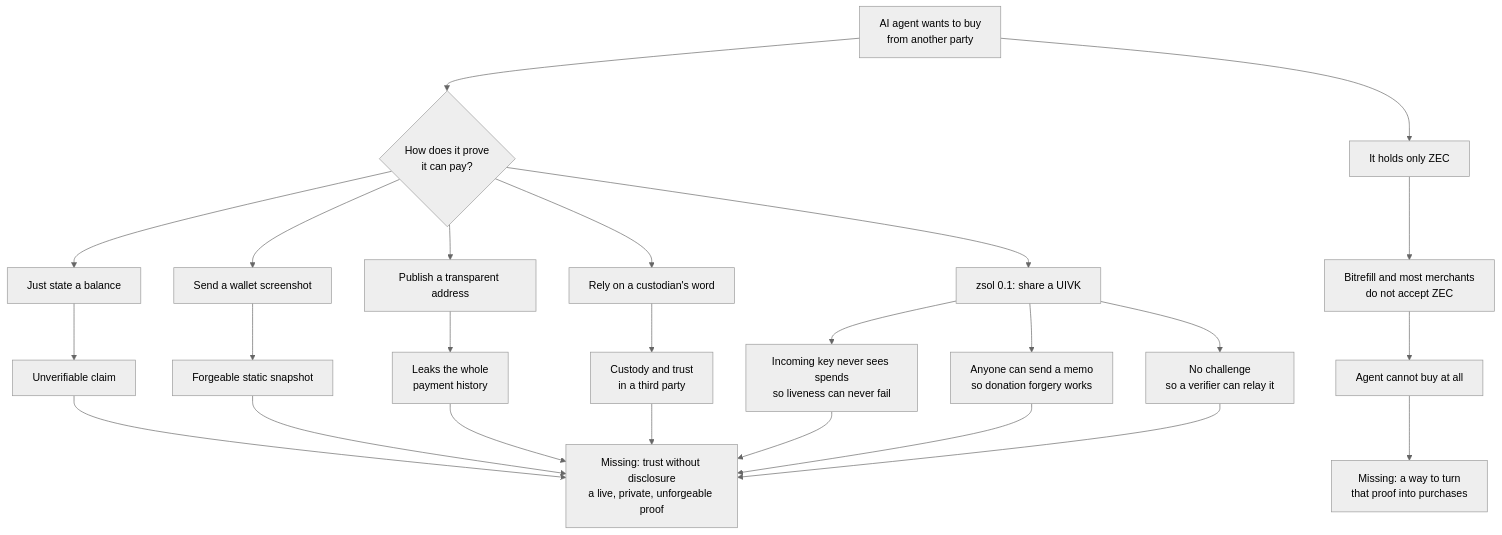
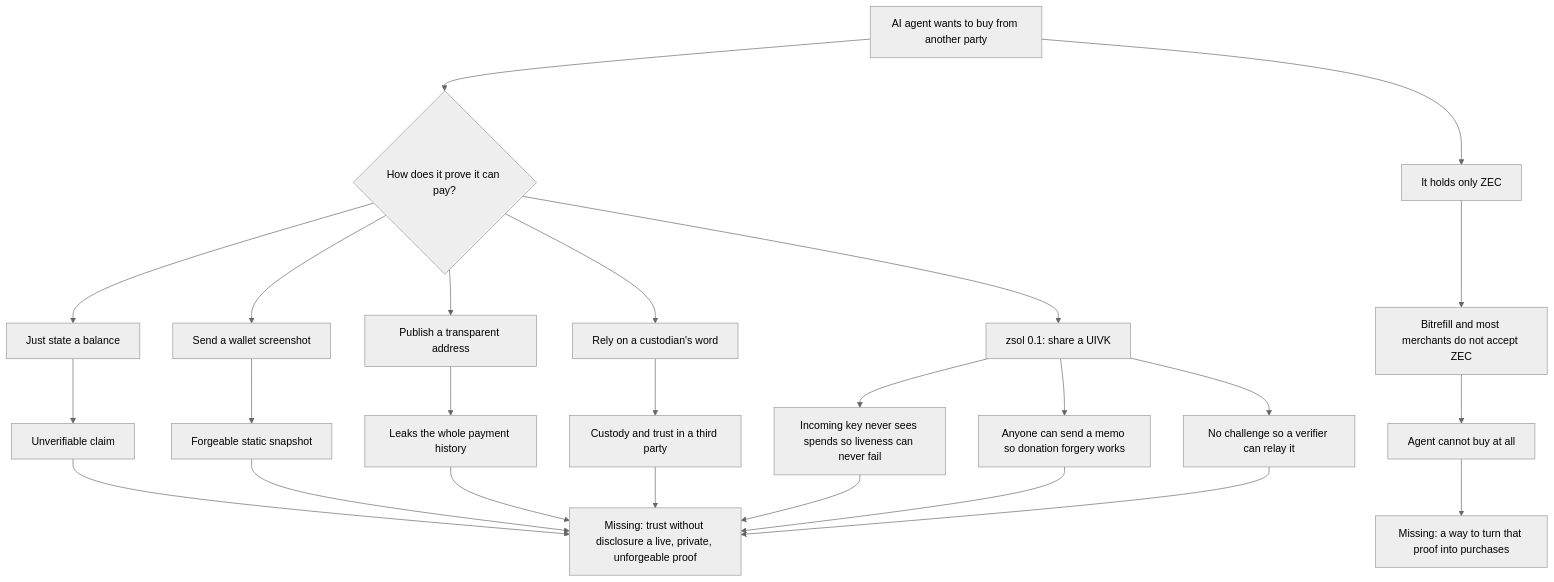
Before and after one commit to Srizdebnath/zsol: the diagram in docs/diagrams/01-problem.mmd, drawn with Mermaid (neutral theme). The commit also changed 17 other files, not shown here.

Commit message:
README: Excalidraw renders of all eight diagrams; drop <br/> from Mermaid sources (Excalidraw prints it literally)

```diff
--- a/docs/diagrams/01-problem.mmd
+++ b/docs/diagrams/01-problem.mmd
@@ -1,28 +1,28 @@
 flowchart TD
-    A["AI agent wants to buy<br/>from another party"] --> Q{"How does it prove<br/>it can pay?"}
+    A["AI agent wants to buy from another party"] --> Q{"How does it prove it can pay?"}
     A --> M["It holds only ZEC"]
-    M --> MB["Bitrefill and most merchants<br/>do not accept ZEC"]
+    M --> MB["Bitrefill and most merchants do not accept ZEC"]
     MB --> MG["Agent cannot buy at all"]
 
     Q --> N1["Just state a balance"]
     Q --> N2["Send a wallet screenshot"]
     Q --> N3["Publish a transparent address"]
     Q --> N4["Rely on a custodian's word"]
     Q --> N5["zsol 0.1: share a UIVK"]
 
     N1 --> F1["Unverifiable claim"]
     N2 --> F2["Forgeable static snapshot"]
-    N3 --> F3["Leaks the whole<br/>payment history"]
-    N4 --> F4["Custody and trust<br/>in a third party"]
-    N5 --> F5["Incoming key never sees spends<br/>so liveness can never fail"]
-    N5 --> F6["Anyone can send a memo<br/>so donation forgery works"]
-    N5 --> F7["No challenge<br/>so a verifier can relay it"]
+    N3 --> F3["Leaks the whole payment history"]
+    N4 --> F4["Custody and trust in a third party"]
+    N5 --> F5["Incoming key never sees spends so liveness can never fail"]
+    N5 --> F6["Anyone can send a memo so donation forgery works"]
+    N5 --> F7["No challenge so a verifier can relay it"]
 
-    F1 --> G["Missing: trust without disclosure<br/>a live, private, unforgeable proof"]
+    F1 --> G["Missing: trust without disclosure a live, private, unforgeable proof"]
     F2 --> G
     F3 --> G
     F4 --> G
     F5 --> G
     F6 --> G
     F7 --> G
-    MG --> G2["Missing: a way to turn<br/>that proof into purchases"]
+    MG --> G2["Missing: a way to turn that proof into purchases"]
```
